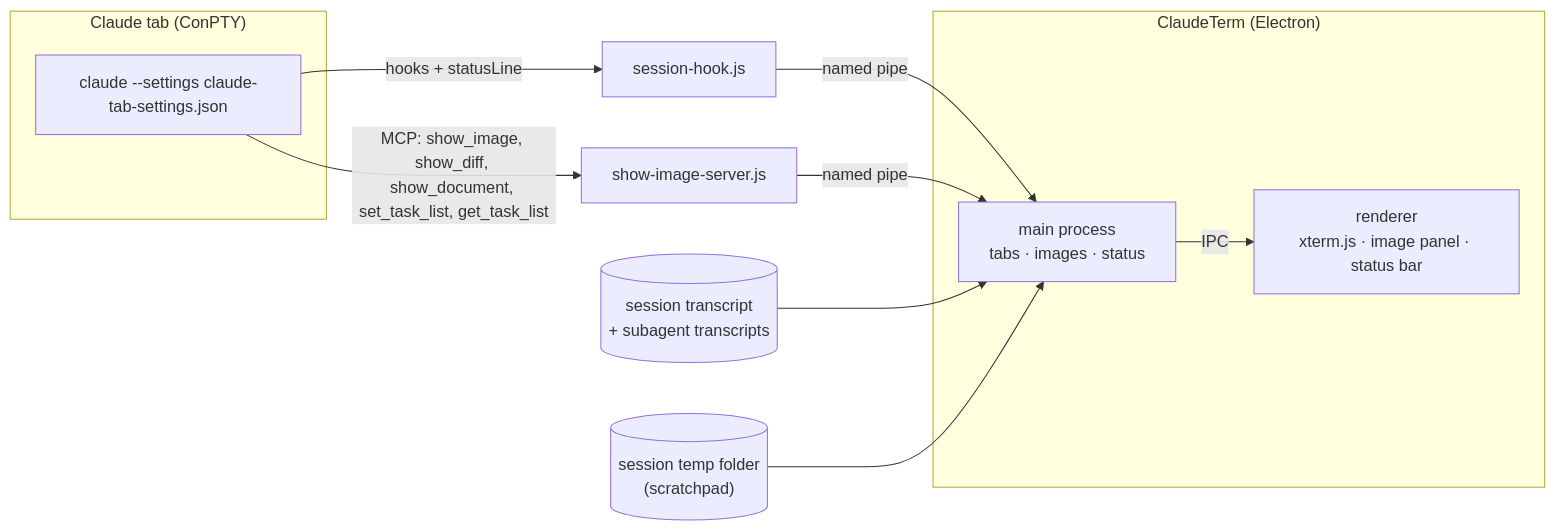
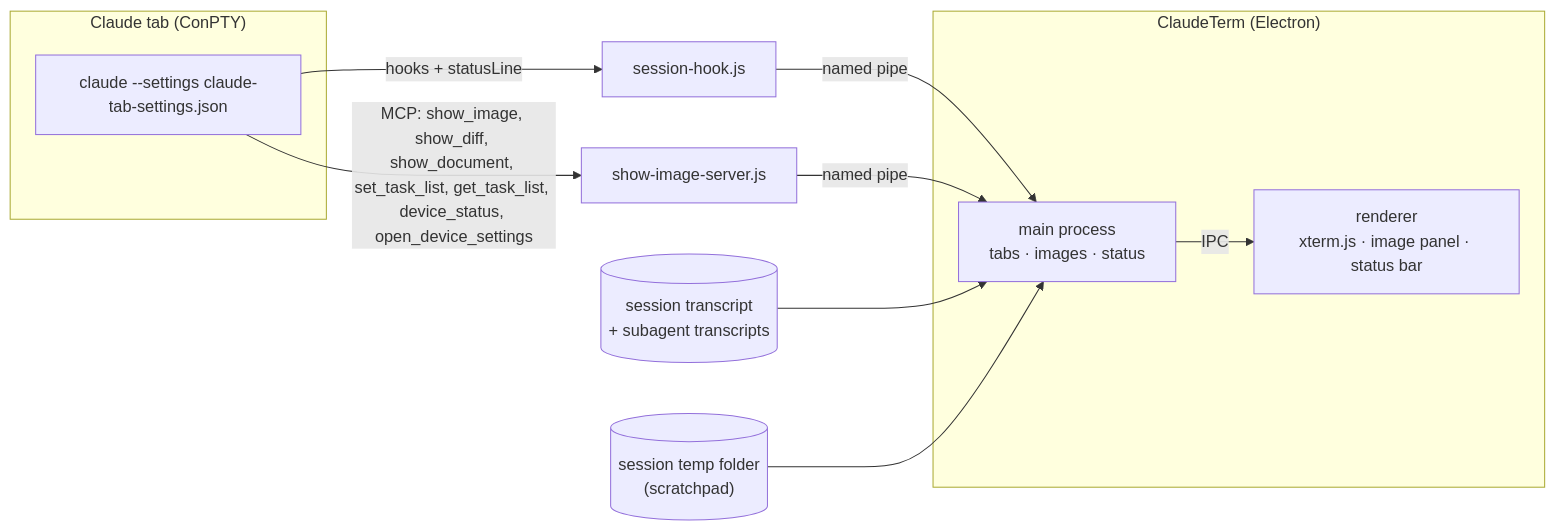
The diagram in README.md (DmVergasov/ClaudeTerm), drawn with Mermaid before and after one commit. The commit also changed other lines of this file and 159 other files, not shown here.

````diff
--- a/README.md
+++ b/README.md
@@ -279,15 +287,15 @@
 ```mermaid
 flowchart LR
   subgraph tab["Claude tab (ConPTY)"]
     claude["claude --settings claude-tab-settings.json"]
   end
   claude -- "hooks + statusLine" --> hook["session-hook.js"]
-  claude -- "MCP: show_image, show_diff, show_document, set_task_list, get_task_list" --> mcp["show-image-server.js"]
+  claude -- "MCP: show_image, show_diff, show_document, set_task_list, get_task_list, device_status, open_device_settings" --> mcp["show-image-server.js"]
   hook -- "named pipe" --> main
   mcp -- "named pipe" --> main
   transcript[("session transcript\n+ subagent transcripts")] --> main
   scratchpad[("session temp folder\n(scratchpad)")] --> main
   subgraph app["ClaudeTerm (Electron)"]
     main["main process\ntabs · images · status"] -- IPC --> renderer["renderer\nxterm.js · image panel · status bar"]
   end
 ```
````
